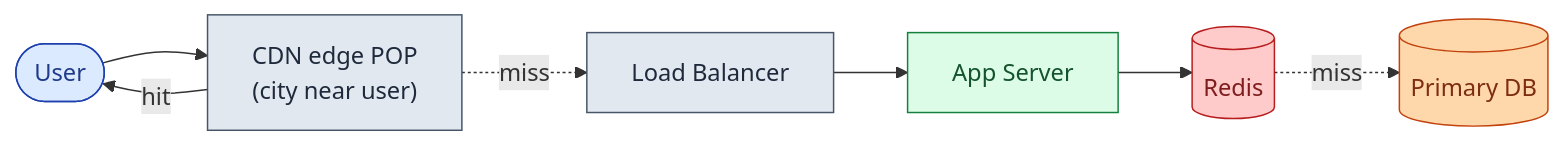
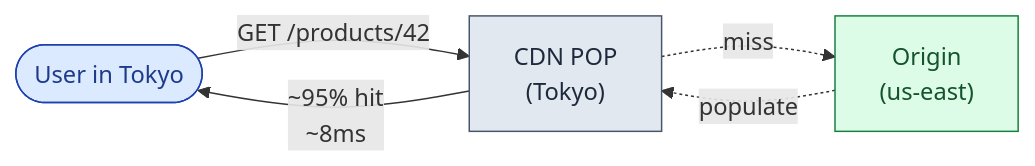
One commit to shiningflash/system-design changed the fifth of 13 diagrams in problems/017-read-heavy-patterns/question.md. Above: the diagram before and after it, drawn with Mermaid. The commit also changed other lines of this file and 37 other files, not shown here.

````diff
--- a/problems/017-read-heavy-patterns/question.md
+++ b/problems/017-read-heavy-patterns/question.md
@@ -159,15 +130,11 @@
 ```mermaid
 flowchart LR
-    U([User]):::user --> CDN["CDN edge POP<br/>(city near user)"]:::edge
-    CDN -->|hit| U
-    CDN -.miss.-> LB["Load Balancer"]:::edge
-    LB --> App["App Server"]:::app
-    App --> Redis[("Redis")]:::cache
-    Redis -.miss.-> DB[("Primary DB")]:::db
+    U([User in Tokyo]):::user -->|"GET /products/42"| CDN["CDN POP\n(Tokyo)"]:::edge
+    CDN -->|"~95% hit\n~8ms"| U
+    CDN -.miss.-> Origin["Origin\n(us-east)"]:::app
+    Origin -.populate.-> CDN
 
     classDef user fill:#dbeafe,stroke:#1e40af,color:#1e3a8a
     classDef edge fill:#e2e8f0,stroke:#475569,color:#1e293b
     classDef app fill:#dcfce7,stroke:#15803d,color:#14532d
-    classDef cache fill:#fecaca,stroke:#b91c1c,color:#7f1d1d
-    classDef db fill:#fed7aa,stroke:#c2410c,color:#7c2d12
 ```
````
